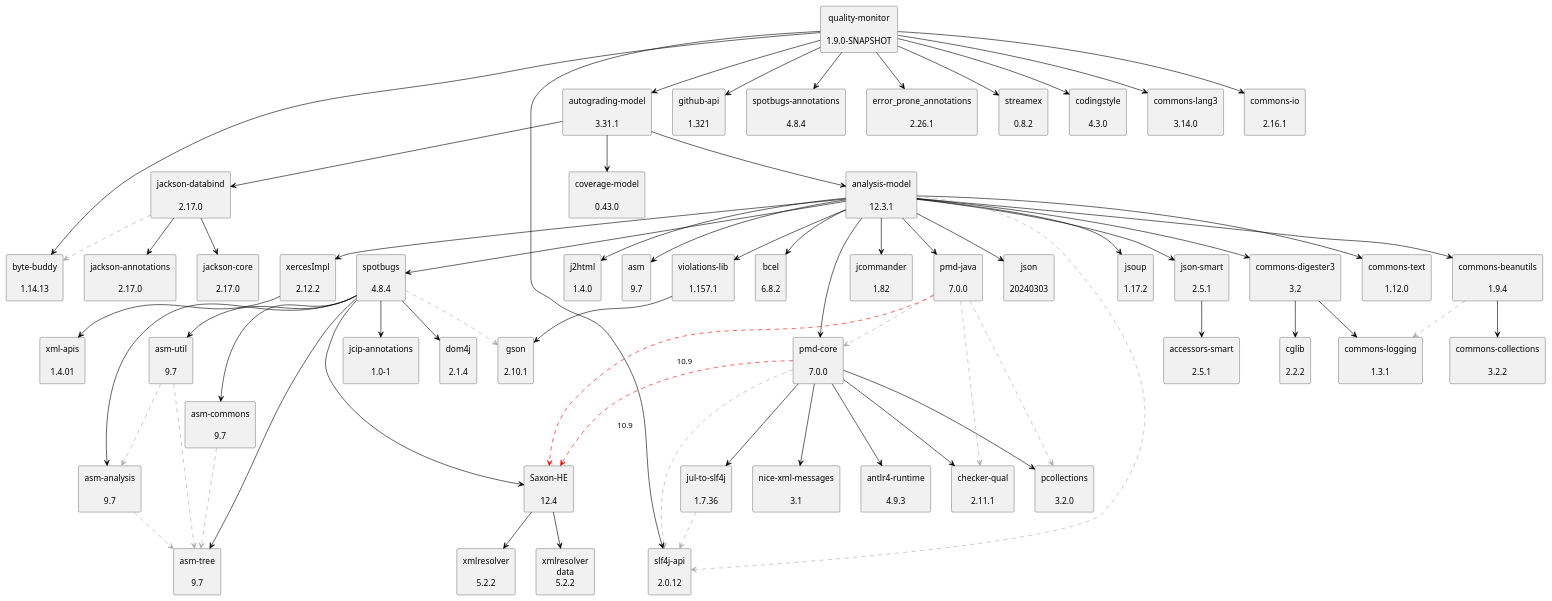
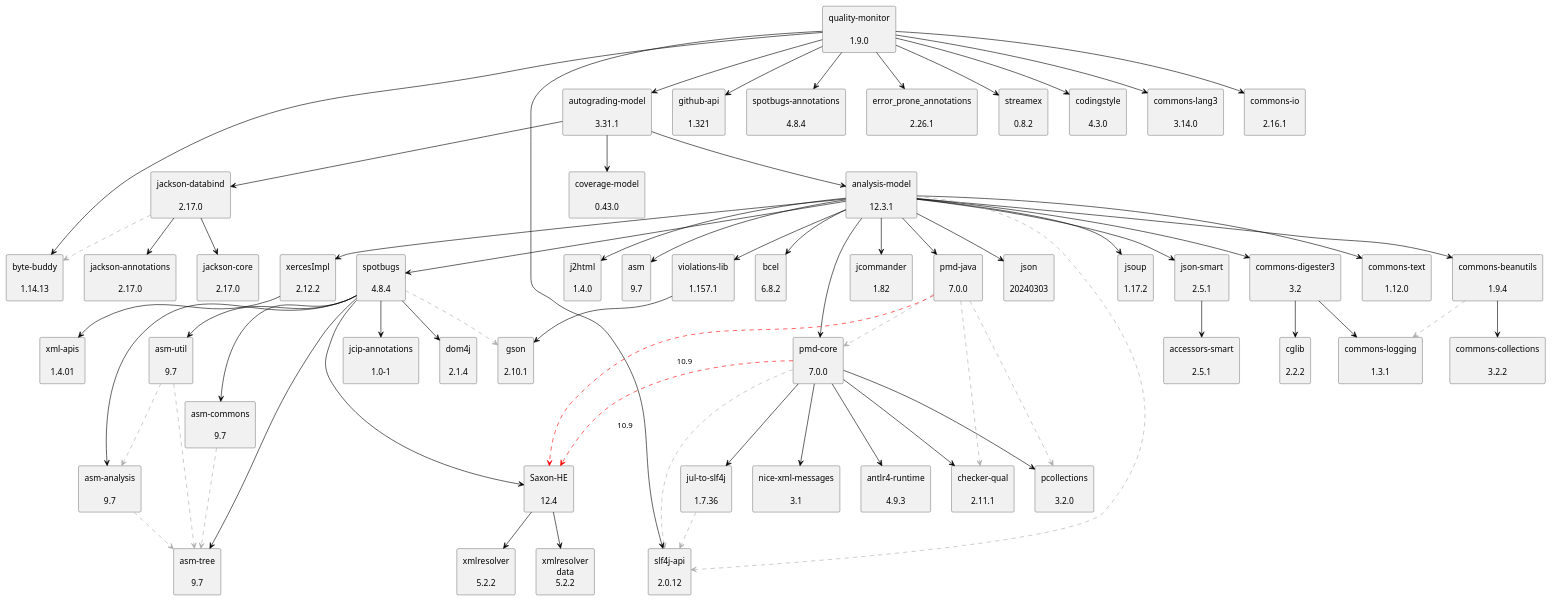
The diagram in doc/dependency-graph.puml (uhafner/quality-monitor), drawn with PlantUML before and after one commit. The commit also changed 3 other files, not shown here.

```diff
--- a/doc/dependency-graph.puml
+++ b/doc/dependency-graph.puml
@@ -1,125 +1,125 @@
 @startuml
 skinparam defaultTextAlignment center
 skinparam rectangle {
   BackgroundColor<<optional>> beige
   BackgroundColor<<test>> lightGreen
   BackgroundColor<<runtime>> lightBlue
   BackgroundColor<<provided>> lightGray
 }
 rectangle "analysis-model\n\n12.3.1" as edu_hm_hafner_analysis_model_jar
 rectangle "jsoup\n\n1.17.2" as org_jsoup_jsoup_jar
 rectangle "commons-digester3\n\n3.2" as org_apache_commons_commons_digester3_jar
 rectangle "cglib\n\n2.2.2" as cglib_cglib_jar
 rectangle "commons-logging\n\n1.3.1" as commons_logging_commons_logging_jar
 rectangle "commons-beanutils\n\n1.9.4" as commons_beanutils_commons_beanutils_jar
 rectangle "commons-collections\n\n3.2.2" as commons_collections_commons_collections_jar
 rectangle "commons-text\n\n1.12.0" as org_apache_commons_commons_text_jar
 rectangle "violations-lib\n\n1.157.1" as se_bjurr_violations_violations_lib_jar
 rectangle "gson\n\n2.10.1" as com_google_code_gson_gson_jar
 rectangle "j2html\n\n1.4.0" as com_j2html_j2html_jar
 rectangle "xercesImpl\n\n2.12.2" as xerces_xercesImpl_jar
 rectangle "xml-apis\n\n1.4.01" as xml_apis_xml_apis_jar
 rectangle "asm\n\n9.7" as org_ow2_asm_asm_jar
 rectangle "asm-analysis\n\n9.7" as org_ow2_asm_asm_analysis_jar
 rectangle "asm-tree\n\n9.7" as org_ow2_asm_asm_tree_jar
 rectangle "spotbugs\n\n4.8.4" as com_github_spotbugs_spotbugs_jar
 rectangle "asm-commons\n\n9.7" as org_ow2_asm_asm_commons_jar
 rectangle "asm-util\n\n9.7" as org_ow2_asm_asm_util_jar
 rectangle "jcip-annotations\n\n1.0-1" as com_github_stephenc_jcip_jcip_annotations_jar
 rectangle "dom4j\n\n2.1.4" as org_dom4j_dom4j_jar
 rectangle "Saxon-HE\n\n12.4" as net_sf_saxon_Saxon_HE_jar
 rectangle "xmlresolver\n\n5.2.2" as org_xmlresolver_xmlresolver_jar
 rectangle "xmlresolver\ndata\n5.2.2" as org_xmlresolver_xmlresolver_jar_data
 rectangle "bcel\n\n6.8.2" as org_apache_bcel_bcel_jar
 rectangle "pmd-core\n\n7.0.0" as net_sourceforge_pmd_pmd_core_jar
 rectangle "slf4j-api\n\n2.0.12" as org_slf4j_slf4j_api_jar
 rectangle "jul-to-slf4j\n\n1.7.36" as org_slf4j_jul_to_slf4j_jar
 rectangle "antlr4-runtime\n\n4.9.3" as org_antlr_antlr4_runtime_jar
 rectangle "checker-qual\n\n2.11.1" as org_checkerframework_checker_qual_jar
 rectangle "pcollections\n\n3.2.0" as org_pcollections_pcollections_jar
 rectangle "nice-xml-messages\n\n3.1" as com_github_oowekyala_ooxml_nice_xml_messages_jar
 rectangle "jcommander\n\n1.82" as com_beust_jcommander_jar
 rectangle "pmd-java\n\n7.0.0" as net_sourceforge_pmd_pmd_java_jar
 rectangle "json\n\n20240303" as org_json_json_jar
 rectangle "json-smart\n\n2.5.1" as net_minidev_json_smart_jar
 rectangle "accessors-smart\n\n2.5.1" as net_minidev_accessors_smart_jar
 rectangle "autograding-model\n\n3.31.1" as edu_hm_hafner_autograding_model_jar
 rectangle "coverage-model\n\n0.43.0" as edu_hm_hafner_coverage_model_jar
 rectangle "jackson-databind\n\n2.17.0" as com_fasterxml_jackson_core_jackson_databind_jar
 rectangle "jackson-annotations\n\n2.17.0" as com_fasterxml_jackson_core_jackson_annotations_jar
 rectangle "jackson-core\n\n2.17.0" as com_fasterxml_jackson_core_jackson_core_jar
 rectangle "byte-buddy\n\n1.14.13" as net_bytebuddy_byte_buddy_jar
-rectangle "quality-monitor\n\n1.9.0-SNAPSHOT" as edu_hm_hafner_quality_monitor_jar
+rectangle "quality-monitor\n\n1.9.0" as edu_hm_hafner_quality_monitor_jar
 rectangle "github-api\n\n1.321" as org_kohsuke_github_api_jar
 rectangle "spotbugs-annotations\n\n4.8.4" as com_github_spotbugs_spotbugs_annotations_jar
 rectangle "error_prone_annotations\n\n2.26.1" as com_google_errorprone_error_prone_annotations_jar
 rectangle "streamex\n\n0.8.2" as one_util_streamex_jar
 rectangle "codingstyle\n\n4.3.0" as edu_hm_hafner_codingstyle_jar
 rectangle "commons-lang3\n\n3.14.0" as org_apache_commons_commons_lang3_jar
 rectangle "commons-io\n\n2.16.1" as commons_io_commons_io_jar
 edu_hm_hafner_analysis_model_jar -[#000000]-> org_jsoup_jsoup_jar
 org_apache_commons_commons_digester3_jar -[#000000]-> cglib_cglib_jar
 org_apache_commons_commons_digester3_jar -[#000000]-> commons_logging_commons_logging_jar
 edu_hm_hafner_analysis_model_jar -[#000000]-> org_apache_commons_commons_digester3_jar
 commons_beanutils_commons_beanutils_jar .[#ABABAB].> commons_logging_commons_logging_jar
 commons_beanutils_commons_beanutils_jar -[#000000]-> commons_collections_commons_collections_jar
 edu_hm_hafner_analysis_model_jar -[#000000]-> commons_beanutils_commons_beanutils_jar
 edu_hm_hafner_analysis_model_jar -[#000000]-> org_apache_commons_commons_text_jar
 se_bjurr_violations_violations_lib_jar -[#000000]-> com_google_code_gson_gson_jar
 edu_hm_hafner_analysis_model_jar -[#000000]-> se_bjurr_violations_violations_lib_jar
 edu_hm_hafner_analysis_model_jar -[#000000]-> com_j2html_j2html_jar
 xerces_xercesImpl_jar -[#000000]-> xml_apis_xml_apis_jar
 edu_hm_hafner_analysis_model_jar -[#000000]-> xerces_xercesImpl_jar
 edu_hm_hafner_analysis_model_jar -[#000000]-> org_ow2_asm_asm_jar
 org_ow2_asm_asm_analysis_jar .[#ABABAB].> org_ow2_asm_asm_tree_jar
 com_github_spotbugs_spotbugs_jar -[#000000]-> org_ow2_asm_asm_analysis_jar
 org_ow2_asm_asm_commons_jar .[#ABABAB].> org_ow2_asm_asm_tree_jar
 com_github_spotbugs_spotbugs_jar -[#000000]-> org_ow2_asm_asm_commons_jar
 com_github_spotbugs_spotbugs_jar -[#000000]-> org_ow2_asm_asm_tree_jar
 org_ow2_asm_asm_util_jar .[#ABABAB].> org_ow2_asm_asm_tree_jar
 org_ow2_asm_asm_util_jar .[#ABABAB].> org_ow2_asm_asm_analysis_jar
 com_github_spotbugs_spotbugs_jar -[#000000]-> org_ow2_asm_asm_util_jar
 com_github_spotbugs_spotbugs_jar -[#000000]-> com_github_stephenc_jcip_jcip_annotations_jar
 com_github_spotbugs_spotbugs_jar -[#000000]-> org_dom4j_dom4j_jar
 com_github_spotbugs_spotbugs_jar .[#ABABAB].> com_google_code_gson_gson_jar
 net_sf_saxon_Saxon_HE_jar -[#000000]-> org_xmlresolver_xmlresolver_jar
 net_sf_saxon_Saxon_HE_jar -[#000000]-> org_xmlresolver_xmlresolver_jar_data
 com_github_spotbugs_spotbugs_jar -[#000000]-> net_sf_saxon_Saxon_HE_jar
 edu_hm_hafner_analysis_model_jar -[#000000]-> com_github_spotbugs_spotbugs_jar
 edu_hm_hafner_analysis_model_jar -[#000000]-> org_apache_bcel_bcel_jar
 net_sourceforge_pmd_pmd_core_jar .[#ABABAB].> org_slf4j_slf4j_api_jar
 org_slf4j_jul_to_slf4j_jar .[#ABABAB].> org_slf4j_slf4j_api_jar
 net_sourceforge_pmd_pmd_core_jar -[#000000]-> org_slf4j_jul_to_slf4j_jar
 net_sourceforge_pmd_pmd_core_jar -[#000000]-> org_antlr_antlr4_runtime_jar
 net_sourceforge_pmd_pmd_core_jar .[#FF0000].> net_sf_saxon_Saxon_HE_jar: 10.9
 net_sourceforge_pmd_pmd_core_jar -[#000000]-> org_checkerframework_checker_qual_jar
 net_sourceforge_pmd_pmd_core_jar -[#000000]-> org_pcollections_pcollections_jar
 net_sourceforge_pmd_pmd_core_jar -[#000000]-> com_github_oowekyala_ooxml_nice_xml_messages_jar
 edu_hm_hafner_analysis_model_jar -[#000000]-> net_sourceforge_pmd_pmd_core_jar
 edu_hm_hafner_analysis_model_jar -[#000000]-> com_beust_jcommander_jar
 net_sourceforge_pmd_pmd_java_jar .[#ABABAB].> net_sourceforge_pmd_pmd_core_jar
 net_sourceforge_pmd_pmd_java_jar .[#ABABAB].> org_checkerframework_checker_qual_jar
 net_sourceforge_pmd_pmd_java_jar .[#FF0000].> net_sf_saxon_Saxon_HE_jar: 10.9
 net_sourceforge_pmd_pmd_java_jar .[#ABABAB].> org_pcollections_pcollections_jar
 edu_hm_hafner_analysis_model_jar -[#000000]-> net_sourceforge_pmd_pmd_java_jar
 edu_hm_hafner_analysis_model_jar -[#000000]-> org_json_json_jar
 net_minidev_json_smart_jar -[#000000]-> net_minidev_accessors_smart_jar
 edu_hm_hafner_analysis_model_jar -[#000000]-> net_minidev_json_smart_jar
 edu_hm_hafner_analysis_model_jar .[#ABABAB].> org_slf4j_slf4j_api_jar
 edu_hm_hafner_autograding_model_jar -[#000000]-> edu_hm_hafner_analysis_model_jar
 edu_hm_hafner_autograding_model_jar -[#000000]-> edu_hm_hafner_coverage_model_jar
 com_fasterxml_jackson_core_jackson_databind_jar -[#000000]-> com_fasterxml_jackson_core_jackson_annotations_jar
 com_fasterxml_jackson_core_jackson_databind_jar -[#000000]-> com_fasterxml_jackson_core_jackson_core_jar
 com_fasterxml_jackson_core_jackson_databind_jar .[#ABABAB].> net_bytebuddy_byte_buddy_jar
 edu_hm_hafner_autograding_model_jar -[#000000]-> com_fasterxml_jackson_core_jackson_databind_jar
 edu_hm_hafner_quality_monitor_jar -[#000000]-> edu_hm_hafner_autograding_model_jar
 edu_hm_hafner_quality_monitor_jar -[#000000]-> org_kohsuke_github_api_jar
 edu_hm_hafner_quality_monitor_jar -[#000000]-> org_slf4j_slf4j_api_jar
 edu_hm_hafner_quality_monitor_jar -[#000000]-> com_github_spotbugs_spotbugs_annotations_jar
 edu_hm_hafner_quality_monitor_jar -[#000000]-> com_google_errorprone_error_prone_annotations_jar
 edu_hm_hafner_quality_monitor_jar -[#000000]-> one_util_streamex_jar
 edu_hm_hafner_quality_monitor_jar -[#000000]-> edu_hm_hafner_codingstyle_jar
 edu_hm_hafner_quality_monitor_jar -[#000000]-> org_apache_commons_commons_lang3_jar
 edu_hm_hafner_quality_monitor_jar -[#000000]-> commons_io_commons_io_jar
 edu_hm_hafner_quality_monitor_jar -[#000000]-> net_bytebuddy_byte_buddy_jar
 @enduml
```
